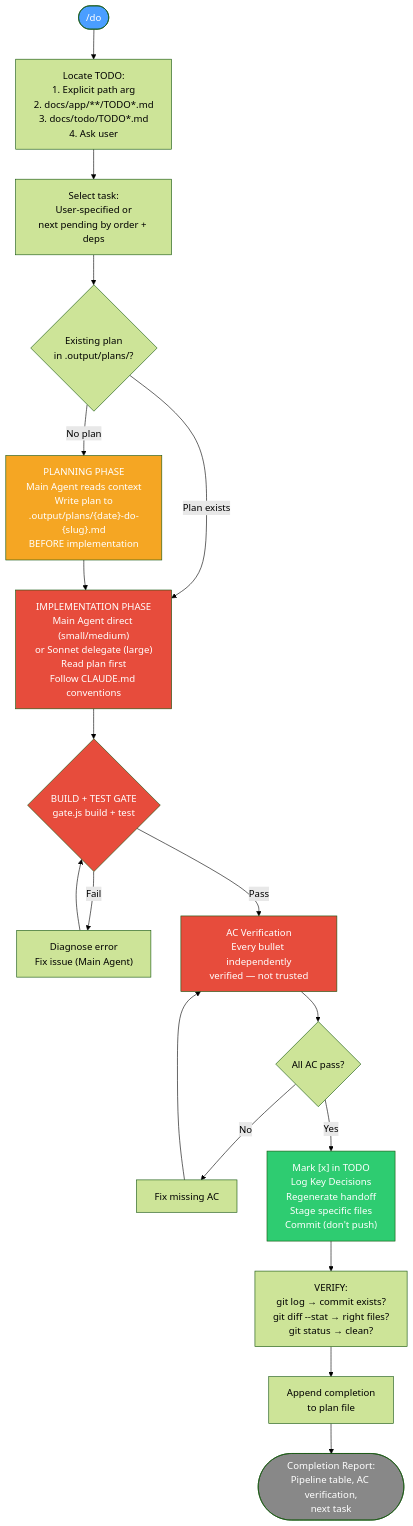
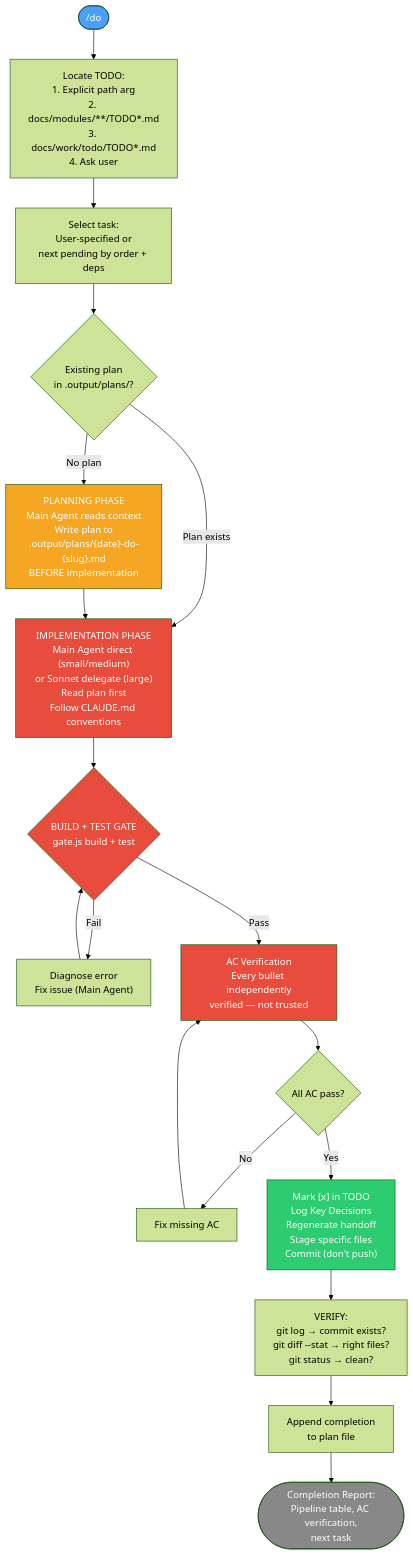
Before and after one commit to Domdhi/Agents.Domdhi: diagram 15 of 37 in docs/reference/commands.md, drawn with Mermaid (forest theme). The commit also changed other lines of this file and 131 other files, not shown here.

````diff
--- a/docs/reference/commands.md
+++ b/docs/reference/commands.md
@@ -737,36 +737,36 @@
 ```mermaid
 flowchart TD
-    START(["/do"]) --> LOCATE["Locate TODO:\n1. Explicit path arg\n2. docs/app/**/TODO*.md\n3. docs/todo/TODO*.md\n4. Ask user"]
+    START(["/do"]) --> LOCATE["Locate TODO:\n1. Explicit path arg\n2. docs/modules/**/TODO*.md\n3. docs/work/todo/TODO*.md\n4. Ask user"]
 
     LOCATE --> SELECT["Select task:\nUser-specified or\nnext pending by order + deps"]
 
     SELECT --> PLAN_CHK{Existing plan\nin .output/plans/?}
 
     PLAN_CHK -->|No plan| PLANNING["PLANNING PHASE\nMain Agent reads context\nWrite plan to\n.output/plans/{date}-do-{slug}.md\nBEFORE implementation"]
     PLAN_CHK -->|Plan exists| IMPL
 
     PLANNING --> IMPL["IMPLEMENTATION PHASE\nMain Agent direct (small/medium)\nor Sonnet delegate (large)\nRead plan first\nFollow CLAUDE.md conventions"]
 
     IMPL --> GATE{"BUILD + TEST GATE\ngate.js build + test"}
     GATE -->|Fail| DIAGNOSE["Diagnose error\nFix issue (Main Agent)"]
     DIAGNOSE --> GATE
     GATE -->|Pass| AC["AC Verification\nEvery bullet independently\nverified — not trusted"]
 
     AC --> AC_CHK{All AC pass?}
     AC_CHK -->|No| FIX_AC[Fix missing AC]
     FIX_AC --> AC
     AC_CHK -->|Yes| DOC["Mark [x] in TODO\nLog Key Decisions\nRegenerate handoff\nStage specific files\nCommit (don't push)"]
 
     DOC --> VERIFY["VERIFY:\ngit log → commit exists?\ngit diff --stat → right files?\ngit status → clean?"]
 
     VERIFY --> COMPLETION["Append completion\nto plan file"]
     COMPLETION --> REPORT(["Completion Report:\nPipeline table, AC verification,\nnext task"])
 
     style START fill:#4a9eff,color:#fff
     style PLANNING fill:#f5a623,color:#fff
     style IMPL fill:#e74c3c,color:#fff
     style GATE fill:#e74c3c,color:#fff
     style AC fill:#e74c3c,color:#fff
     style DOC fill:#2ecc71,color:#fff
     style REPORT fill:#888,color:#fff
 ```
````
